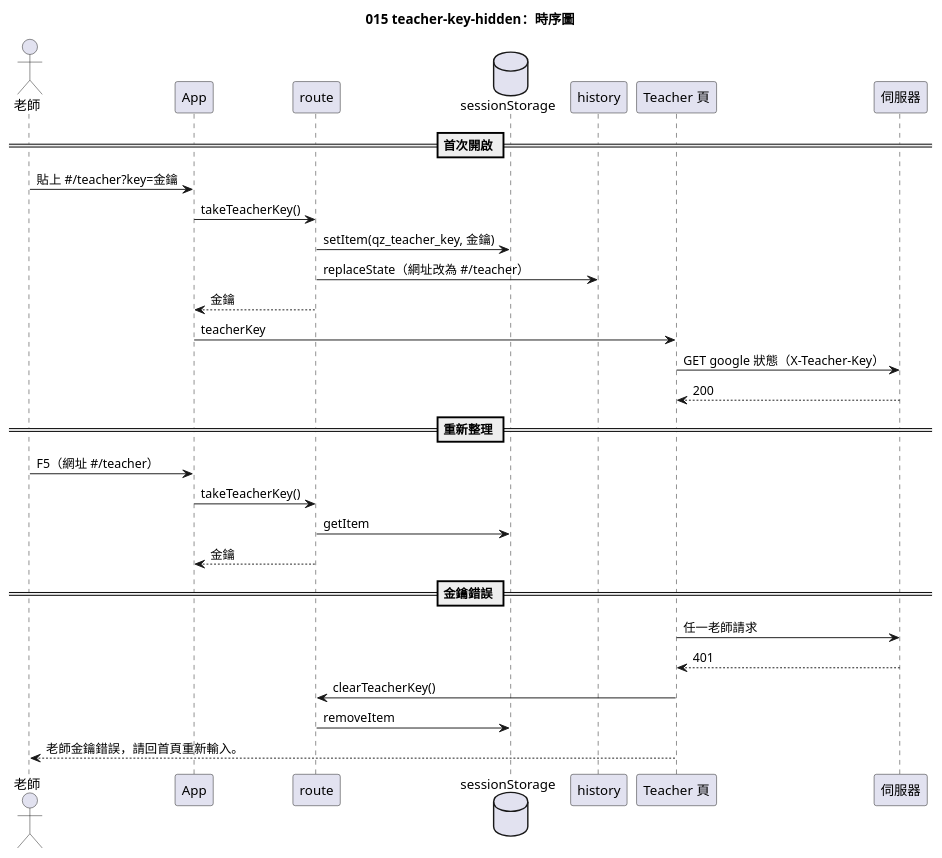
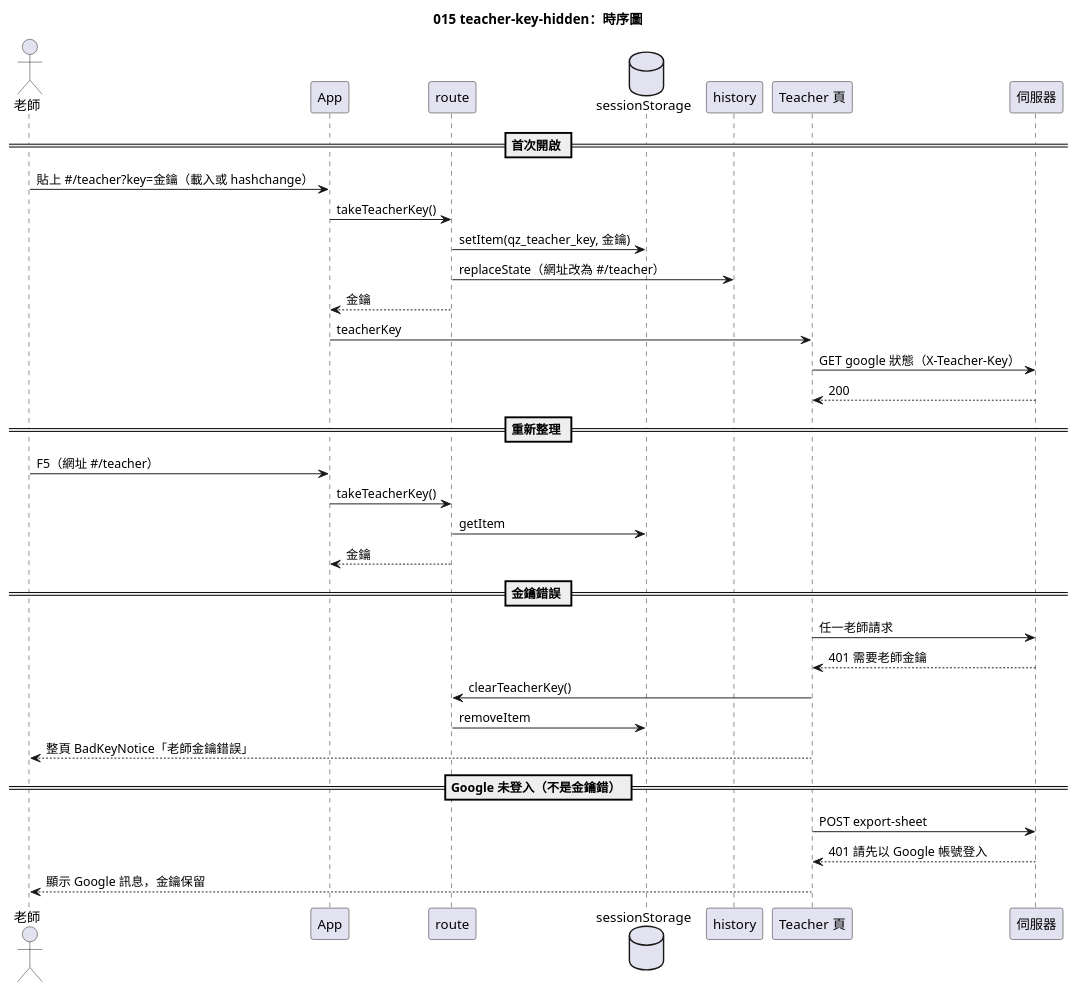
One commit to yue083139/software_fin-speckit changed the diagram in diagrams/015-teacher-key-hidden-sequence.puml. Above: the diagram before and after it, drawn with PlantUML. The commit also changed 13 other files, not shown here.

First line of the commit message:
fix(web): 015-teacher-key-hidden v1.1——評審藥方（hashchange 時取金鑰、金鑰換即重掛載、只認「需要老師金鑰」401、整頁 BadKeyNotice）

```diff
--- a/diagrams/015-teacher-key-hidden-sequence.puml
+++ b/diagrams/015-teacher-key-hidden-sequence.puml
@@ -1,34 +1,39 @@
 @startuml 015-teacher-key-hidden-sequence
 title 015 teacher-key-hidden：時序圖
 
 actor "老師" as T
 participant "App" as App
 participant "route" as R
 database "sessionStorage" as SS
 participant "history" as H
 participant "Teacher 頁" as P
 participant "伺服器" as S
 
 == 首次開啟 ==
-T -> App : 貼上 #/teacher?key=金鑰
+T -> App : 貼上 #/teacher?key=金鑰（載入或 hashchange）
 App -> R : takeTeacherKey()
 R -> SS : setItem(qz_teacher_key, 金鑰)
 R -> H : replaceState（網址改為 #/teacher）
 R --> App : 金鑰
 App -> P : teacherKey
 P -> S : GET google 狀態（X-Teacher-Key）
 S --> P : 200
 
 == 重新整理 ==
 T -> App : F5（網址 #/teacher）
 App -> R : takeTeacherKey()
 R -> SS : getItem
 R --> App : 金鑰
 
 == 金鑰錯誤 ==
 P -> S : 任一老師請求
-S --> P : 401
+S --> P : 401 需要老師金鑰
 P -> R : clearTeacherKey()
 R -> SS : removeItem
-P --> T : 老師金鑰錯誤，請回首頁重新輸入。
+P --> T : 整頁 BadKeyNotice「老師金鑰錯誤」
+
+== Google 未登入（不是金鑰錯） ==
+P -> S : POST export-sheet
+S --> P : 401 請先以 Google 帳號登入
+P --> T : 顯示 Google 訊息，金鑰保留
 @enduml
```
